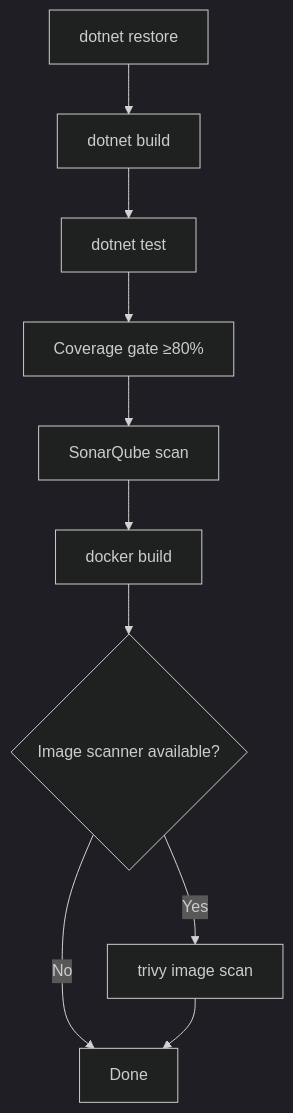
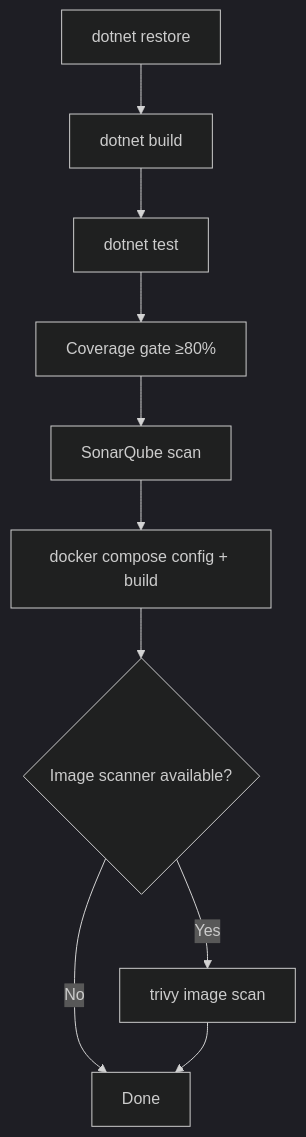
The diagram in docs/development/quality.md (achingono/leankernel), drawn with Mermaid (dark theme) before and after one commit. The commit also changed other lines of this file and 86 other files, not shown here.

First line of the commit message:
docs: add rearchitecture documentation suite

````diff
--- a/docs/development/quality.md
+++ b/docs/development/quality.md
@@ -78,12 +79,12 @@
 ```mermaid
 flowchart TD
     A[dotnet restore] --> B[dotnet build]
     B --> C[dotnet test]
     C --> D[Coverage gate ≥80%]
     D --> E[SonarQube scan]
-    E --> F[docker build]
+    E --> F[docker compose config + build]
     F --> G{Image scanner available?}
     G -- Yes --> H[trivy image scan]
     G -- No --> I[Done]
     H --> I
 ```
````
